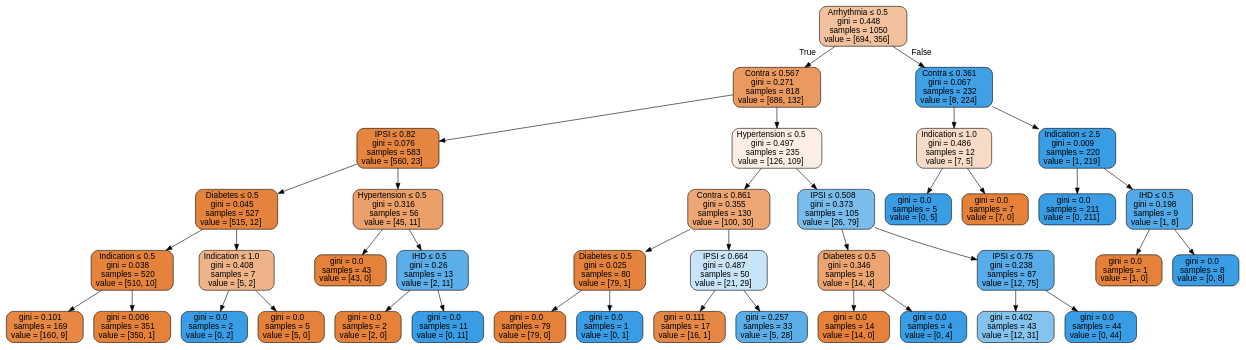
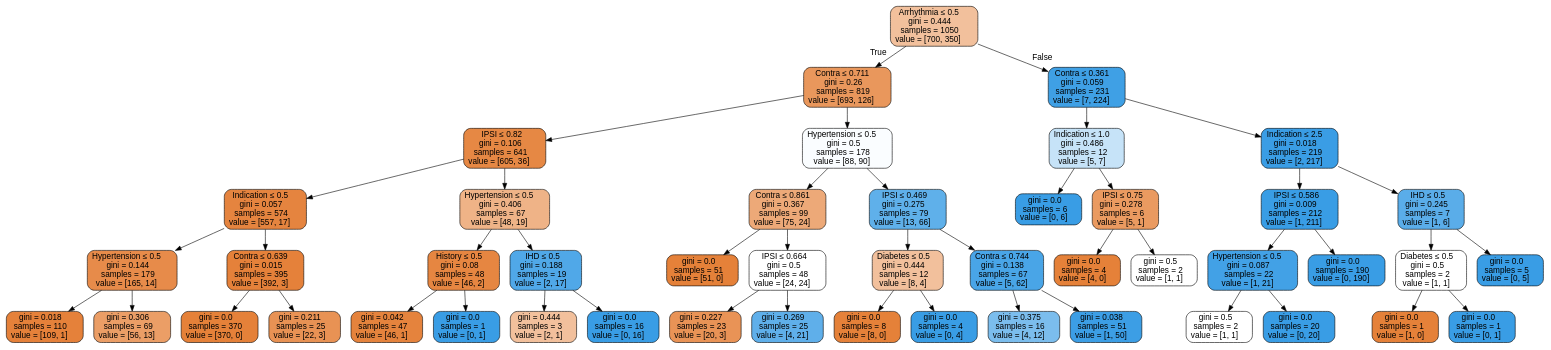
The diagram in tree.dot (bdavis9725/Medical-Data-Mining), drawn with Graphviz before and after one commit. The commit also changed 2 other files, not shown here.

```diff
--- a/tree.dot
+++ b/tree.dot
@@ -1,81 +1,97 @@
 digraph Tree {
 node [shape=box, style="filled, rounded", color="black", fontname=helvetica] ;
 edge [fontname=helvetica] ;
-0 [label=<Arrhythmia &le; 0.5<br/>gini = 0.448<br/>samples = 1050<br/>value = [694, 356]>, fillcolor="#e581397c"] ;
-1 [label=<Contra &le; 0.567<br/>gini = 0.271<br/>samples = 818<br/>value = [686, 132]>, fillcolor="#e58139ce"] ;
+0 [label=<Arrhythmia &le; 0.5<br/>gini = 0.444<br/>samples = 1050<br/>value = [700, 350]>, fillcolor="#e581397f"] ;
+1 [label=<Contra &le; 0.711<br/>gini = 0.26<br/>samples = 819<br/>value = [693, 126]>, fillcolor="#e58139d1"] ;
 0 -> 1 [labeldistance=2.5, labelangle=45, headlabel="True"] ;
-2 [label=<IPSI &le; 0.82<br/>gini = 0.076<br/>samples = 583<br/>value = [560, 23]>, fillcolor="#e58139f5"] ;
+2 [label=<IPSI &le; 0.82<br/>gini = 0.106<br/>samples = 641<br/>value = [605, 36]>, fillcolor="#e58139f0"] ;
 1 -> 2 ;
-3 [label=<Diabetes &le; 0.5<br/>gini = 0.045<br/>samples = 527<br/>value = [515, 12]>, fillcolor="#e58139f9"] ;
+3 [label=<Indication &le; 0.5<br/>gini = 0.057<br/>samples = 574<br/>value = [557, 17]>, fillcolor="#e58139f7"] ;
 2 -> 3 ;
-4 [label=<Indication &le; 0.5<br/>gini = 0.038<br/>samples = 520<br/>value = [510, 10]>, fillcolor="#e58139fa"] ;
+4 [label=<Hypertension &le; 0.5<br/>gini = 0.144<br/>samples = 179<br/>value = [165, 14]>, fillcolor="#e58139e9"] ;
 3 -> 4 ;
-5 [label=<gini = 0.101<br/>samples = 169<br/>value = [160, 9]>, fillcolor="#e58139f1"] ;
+5 [label=<gini = 0.018<br/>samples = 110<br/>value = [109, 1]>, fillcolor="#e58139fd"] ;
 4 -> 5 ;
-6 [label=<gini = 0.006<br/>samples = 351<br/>value = [350, 1]>, fillcolor="#e58139fe"] ;
+6 [label=<gini = 0.306<br/>samples = 69<br/>value = [56, 13]>, fillcolor="#e58139c4"] ;
 4 -> 6 ;
-7 [label=<Indication &le; 1.0<br/>gini = 0.408<br/>samples = 7<br/>value = [5, 2]>, fillcolor="#e5813999"] ;
+7 [label=<Contra &le; 0.639<br/>gini = 0.015<br/>samples = 395<br/>value = [392, 3]>, fillcolor="#e58139fd"] ;
 3 -> 7 ;
-8 [label=<gini = 0.0<br/>samples = 2<br/>value = [0, 2]>, fillcolor="#399de5ff"] ;
+8 [label=<gini = 0.0<br/>samples = 370<br/>value = [370, 0]>, fillcolor="#e58139ff"] ;
 7 -> 8 ;
-9 [label=<gini = 0.0<br/>samples = 5<br/>value = [5, 0]>, fillcolor="#e58139ff"] ;
+9 [label=<gini = 0.211<br/>samples = 25<br/>value = [22, 3]>, fillcolor="#e58139dc"] ;
 7 -> 9 ;
-10 [label=<Hypertension &le; 0.5<br/>gini = 0.316<br/>samples = 56<br/>value = [45, 11]>, fillcolor="#e58139c1"] ;
+10 [label=<Hypertension &le; 0.5<br/>gini = 0.406<br/>samples = 67<br/>value = [48, 19]>, fillcolor="#e581399a"] ;
 2 -> 10 ;
-11 [label=<gini = 0.0<br/>samples = 43<br/>value = [43, 0]>, fillcolor="#e58139ff"] ;
+11 [label=<History &le; 0.5<br/>gini = 0.08<br/>samples = 48<br/>value = [46, 2]>, fillcolor="#e58139f4"] ;
 10 -> 11 ;
-12 [label=<IHD &le; 0.5<br/>gini = 0.26<br/>samples = 13<br/>value = [2, 11]>, fillcolor="#399de5d1"] ;
-10 -> 12 ;
-13 [label=<gini = 0.0<br/>samples = 2<br/>value = [2, 0]>, fillcolor="#e58139ff"] ;
-12 -> 13 ;
-14 [label=<gini = 0.0<br/>samples = 11<br/>value = [0, 11]>, fillcolor="#399de5ff"] ;
-12 -> 14 ;
-15 [label=<Hypertension &le; 0.5<br/>gini = 0.497<br/>samples = 235<br/>value = [126, 109]>, fillcolor="#e5813922"] ;
-1 -> 15 ;
-16 [label=<Contra &le; 0.861<br/>gini = 0.355<br/>samples = 130<br/>value = [100, 30]>, fillcolor="#e58139b3"] ;
-15 -> 16 ;
-17 [label=<Diabetes &le; 0.5<br/>gini = 0.025<br/>samples = 80<br/>value = [79, 1]>, fillcolor="#e58139fc"] ;
-16 -> 17 ;
-18 [label=<gini = 0.0<br/>samples = 79<br/>value = [79, 0]>, fillcolor="#e58139ff"] ;
+12 [label=<gini = 0.042<br/>samples = 47<br/>value = [46, 1]>, fillcolor="#e58139f9"] ;
+11 -> 12 ;
+13 [label=<gini = 0.0<br/>samples = 1<br/>value = [0, 1]>, fillcolor="#399de5ff"] ;
+11 -> 13 ;
+14 [label=<IHD &le; 0.5<br/>gini = 0.188<br/>samples = 19<br/>value = [2, 17]>, fillcolor="#399de5e1"] ;
+10 -> 14 ;
+15 [label=<gini = 0.444<br/>samples = 3<br/>value = [2, 1]>, fillcolor="#e581397f"] ;
+14 -> 15 ;
+16 [label=<gini = 0.0<br/>samples = 16<br/>value = [0, 16]>, fillcolor="#399de5ff"] ;
+14 -> 16 ;
+17 [label=<Hypertension &le; 0.5<br/>gini = 0.5<br/>samples = 178<br/>value = [88, 90]>, fillcolor="#399de506"] ;
+1 -> 17 ;
+18 [label=<Contra &le; 0.861<br/>gini = 0.367<br/>samples = 99<br/>value = [75, 24]>, fillcolor="#e58139ad"] ;
 17 -> 18 ;
-19 [label=<gini = 0.0<br/>samples = 1<br/>value = [0, 1]>, fillcolor="#399de5ff"] ;
-17 -> 19 ;
-20 [label=<IPSI &le; 0.664<br/>gini = 0.487<br/>samples = 50<br/>value = [21, 29]>, fillcolor="#399de546"] ;
-16 -> 20 ;
-21 [label=<gini = 0.111<br/>samples = 17<br/>value = [16, 1]>, fillcolor="#e58139ef"] ;
+19 [label=<gini = 0.0<br/>samples = 51<br/>value = [51, 0]>, fillcolor="#e58139ff"] ;
+18 -> 19 ;
+20 [label=<IPSI &le; 0.664<br/>gini = 0.5<br/>samples = 48<br/>value = [24, 24]>, fillcolor="#e5813900"] ;
+18 -> 20 ;
+21 [label=<gini = 0.227<br/>samples = 23<br/>value = [20, 3]>, fillcolor="#e58139d9"] ;
 20 -> 21 ;
-22 [label=<gini = 0.257<br/>samples = 33<br/>value = [5, 28]>, fillcolor="#399de5d1"] ;
+22 [label=<gini = 0.269<br/>samples = 25<br/>value = [4, 21]>, fillcolor="#399de5ce"] ;
 20 -> 22 ;
-23 [label=<IPSI &le; 0.508<br/>gini = 0.373<br/>samples = 105<br/>value = [26, 79]>, fillcolor="#399de5ab"] ;
-15 -> 23 ;
-24 [label=<Diabetes &le; 0.5<br/>gini = 0.346<br/>samples = 18<br/>value = [14, 4]>, fillcolor="#e58139b6"] ;
+23 [label=<IPSI &le; 0.469<br/>gini = 0.275<br/>samples = 79<br/>value = [13, 66]>, fillcolor="#399de5cd"] ;
+17 -> 23 ;
+24 [label=<Diabetes &le; 0.5<br/>gini = 0.444<br/>samples = 12<br/>value = [8, 4]>, fillcolor="#e581397f"] ;
 23 -> 24 ;
-25 [label=<gini = 0.0<br/>samples = 14<br/>value = [14, 0]>, fillcolor="#e58139ff"] ;
+25 [label=<gini = 0.0<br/>samples = 8<br/>value = [8, 0]>, fillcolor="#e58139ff"] ;
 24 -> 25 ;
 26 [label=<gini = 0.0<br/>samples = 4<br/>value = [0, 4]>, fillcolor="#399de5ff"] ;
 24 -> 26 ;
-27 [label=<IPSI &le; 0.75<br/>gini = 0.238<br/>samples = 87<br/>value = [12, 75]>, fillcolor="#399de5d6"] ;
+27 [label=<Contra &le; 0.744<br/>gini = 0.138<br/>samples = 67<br/>value = [5, 62]>, fillcolor="#399de5ea"] ;
 23 -> 27 ;
-28 [label=<gini = 0.402<br/>samples = 43<br/>value = [12, 31]>, fillcolor="#399de59c"] ;
+28 [label=<gini = 0.375<br/>samples = 16<br/>value = [4, 12]>, fillcolor="#399de5aa"] ;
 27 -> 28 ;
-29 [label=<gini = 0.0<br/>samples = 44<br/>value = [0, 44]>, fillcolor="#399de5ff"] ;
+29 [label=<gini = 0.038<br/>samples = 51<br/>value = [1, 50]>, fillcolor="#399de5fa"] ;
 27 -> 29 ;
-30 [label=<Contra &le; 0.361<br/>gini = 0.067<br/>samples = 232<br/>value = [8, 224]>, fillcolor="#399de5f6"] ;
+30 [label=<Contra &le; 0.361<br/>gini = 0.059<br/>samples = 231<br/>value = [7, 224]>, fillcolor="#399de5f7"] ;
 0 -> 30 [labeldistance=2.5, labelangle=-45, headlabel="False"] ;
-31 [label=<Indication &le; 1.0<br/>gini = 0.486<br/>samples = 12<br/>value = [7, 5]>, fillcolor="#e5813949"] ;
+31 [label=<Indication &le; 1.0<br/>gini = 0.486<br/>samples = 12<br/>value = [5, 7]>, fillcolor="#399de549"] ;
 30 -> 31 ;
-32 [label=<gini = 0.0<br/>samples = 5<br/>value = [0, 5]>, fillcolor="#399de5ff"] ;
+32 [label=<gini = 0.0<br/>samples = 6<br/>value = [0, 6]>, fillcolor="#399de5ff"] ;
 31 -> 32 ;
-33 [label=<gini = 0.0<br/>samples = 7<br/>value = [7, 0]>, fillcolor="#e58139ff"] ;
+33 [label=<IPSI &le; 0.75<br/>gini = 0.278<br/>samples = 6<br/>value = [5, 1]>, fillcolor="#e58139cc"] ;
 31 -> 33 ;
-34 [label=<Indication &le; 2.5<br/>gini = 0.009<br/>samples = 220<br/>value = [1, 219]>, fillcolor="#399de5fe"] ;
-30 -> 34 ;
-35 [label=<gini = 0.0<br/>samples = 211<br/>value = [0, 211]>, fillcolor="#399de5ff"] ;
-34 -> 35 ;
-36 [label=<IHD &le; 0.5<br/>gini = 0.198<br/>samples = 9<br/>value = [1, 8]>, fillcolor="#399de5df"] ;
-34 -> 36 ;
-37 [label=<gini = 0.0<br/>samples = 1<br/>value = [1, 0]>, fillcolor="#e58139ff"] ;
+34 [label=<gini = 0.0<br/>samples = 4<br/>value = [4, 0]>, fillcolor="#e58139ff"] ;
+33 -> 34 ;
+35 [label=<gini = 0.5<br/>samples = 2<br/>value = [1, 1]>, fillcolor="#e5813900"] ;
+33 -> 35 ;
+36 [label=<Indication &le; 2.5<br/>gini = 0.018<br/>samples = 219<br/>value = [2, 217]>, fillcolor="#399de5fd"] ;
+30 -> 36 ;
+37 [label=<IPSI &le; 0.586<br/>gini = 0.009<br/>samples = 212<br/>value = [1, 211]>, fillcolor="#399de5fe"] ;
 36 -> 37 ;
-38 [label=<gini = 0.0<br/>samples = 8<br/>value = [0, 8]>, fillcolor="#399de5ff"] ;
-36 -> 38 ;
+38 [label=<Hypertension &le; 0.5<br/>gini = 0.087<br/>samples = 22<br/>value = [1, 21]>, fillcolor="#399de5f3"] ;
+37 -> 38 ;
+39 [label=<gini = 0.5<br/>samples = 2<br/>value = [1, 1]>, fillcolor="#e5813900"] ;
+38 -> 39 ;
+40 [label=<gini = 0.0<br/>samples = 20<br/>value = [0, 20]>, fillcolor="#399de5ff"] ;
+38 -> 40 ;
+41 [label=<gini = 0.0<br/>samples = 190<br/>value = [0, 190]>, fillcolor="#399de5ff"] ;
+37 -> 41 ;
+42 [label=<IHD &le; 0.5<br/>gini = 0.245<br/>samples = 7<br/>value = [1, 6]>, fillcolor="#399de5d4"] ;
+36 -> 42 ;
+43 [label=<Diabetes &le; 0.5<br/>gini = 0.5<br/>samples = 2<br/>value = [1, 1]>, fillcolor="#e5813900"] ;
+42 -> 43 ;
+44 [label=<gini = 0.0<br/>samples = 1<br/>value = [1, 0]>, fillcolor="#e58139ff"] ;
+43 -> 44 ;
+45 [label=<gini = 0.0<br/>samples = 1<br/>value = [0, 1]>, fillcolor="#399de5ff"] ;
+43 -> 45 ;
+46 [label=<gini = 0.0<br/>samples = 5<br/>value = [0, 5]>, fillcolor="#399de5ff"] ;
+42 -> 46 ;
 }
```
